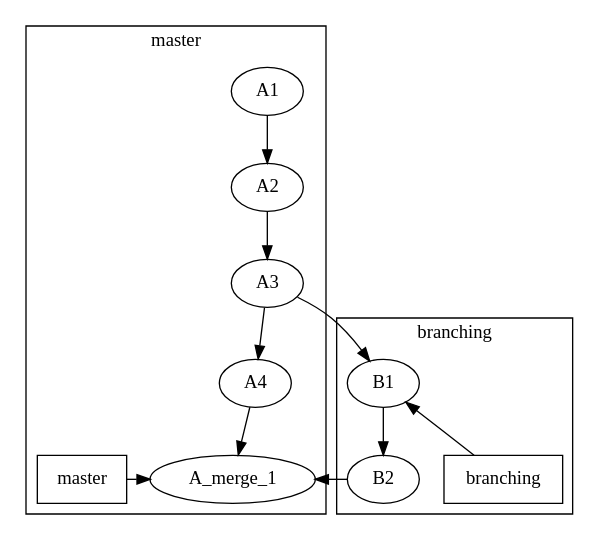
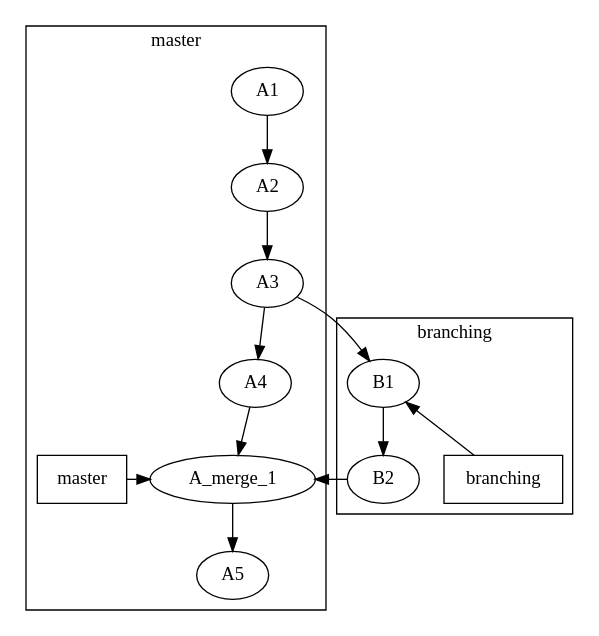
One commit to java8-course/get-flow changed the diagram in tree.dot. Above: the diagram before and after it, drawn with Graphviz.

```diff
--- a/tree.dot
+++ b/tree.dot
@@ -1,25 +1,26 @@
 digraph tree {
     subgraph cluster_master {
         label="master"
         A1 -> A2 -> A3 -> A4 -> A_merge_1
+        A_merge_1 -> A5
         
         br_master [shape=rectangle; label="master"]
         
     //     br_master -> A1 [style=dashed]
     //     br_master -> A2 [style=dashed]
         br_master -> A_merge_1
         
         {rank=same; A_merge_1; br_master}
     }
     
     subgraph cluster_branching {
         label="branching"
         B1 -> B2
         br_branching [shape=rectangle; label="branching"]
         {rank=same; B2; br_branching}
     }
     
     A3 -> B1
     B2 -> A_merge_1
     br_branching -> B1
 }
```
